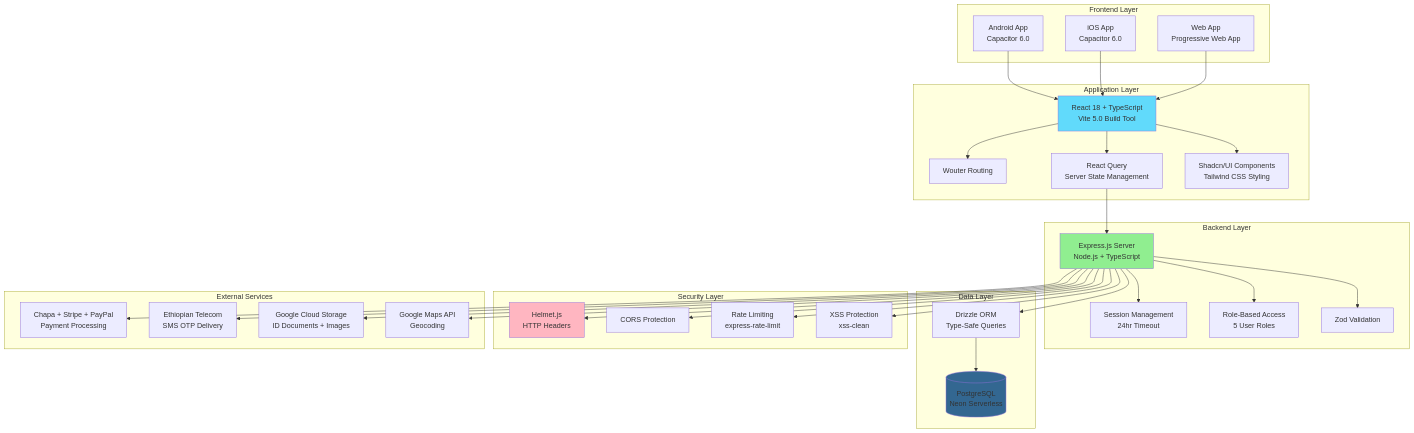
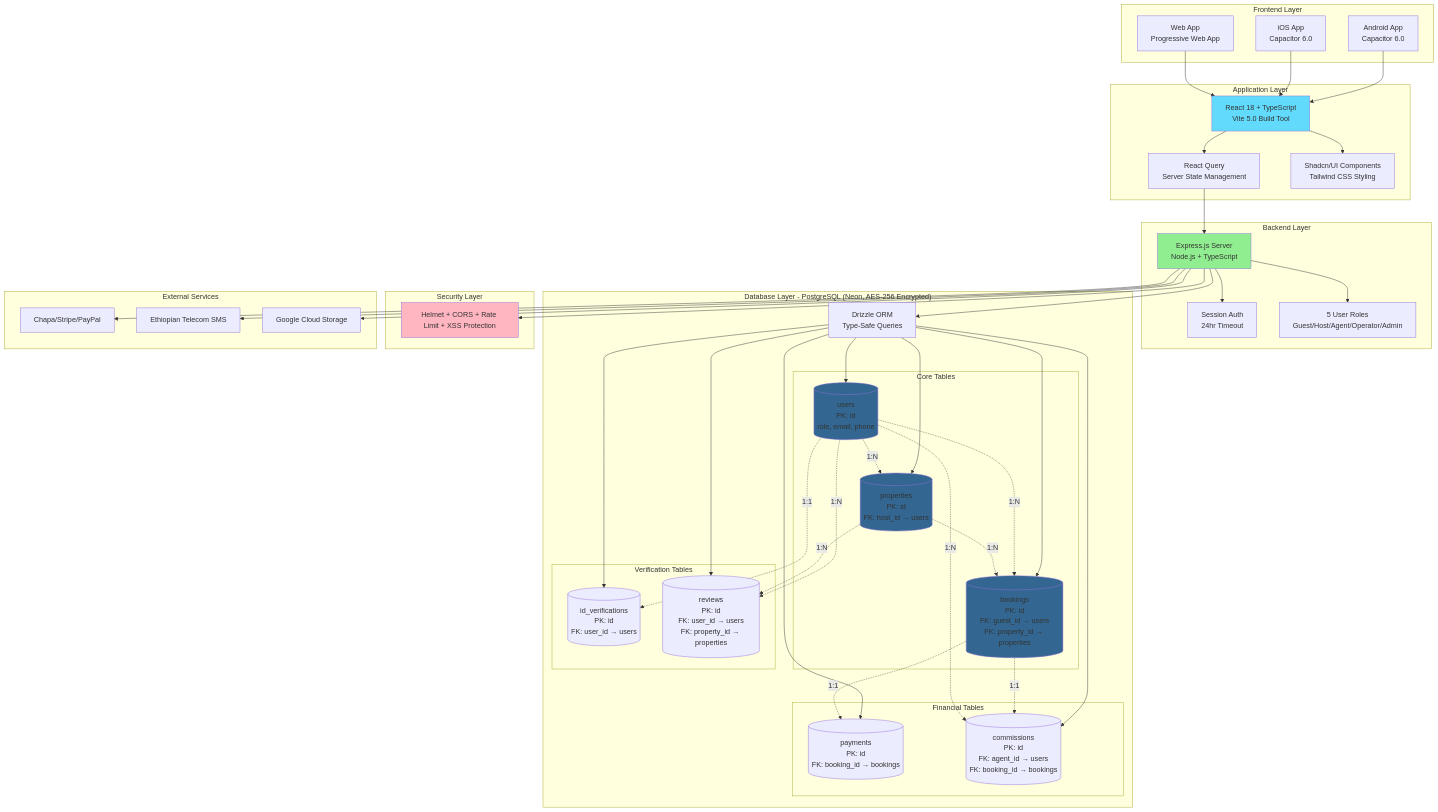
One commit to Alga-weyni/alga-app changed the third of 3 diagrams in docs/insa/INSA_DIAGRAMS_SIMPLE_A4.md. Above: the diagram before and after it, drawn with Mermaid. The commit also changed other lines of this file, not shown here.

Commit message:
Update system architecture diagram with database relationships
Enhance the system architecture diagram to include detailed PostgreSQL database schema and relationships between core, financial, and verification tables.

Replit-Commit-Author: Agent
Replit-Commit-Session-Id: 5a40a3e2-3211-4124-8e69-20c6d529a22a
Replit-Commit-Checkpoint-Type: full_checkpoint
Replit-Commit-Event-Id: a1b7dd27-a29e-400d-8375-0252f096bfbb
Replit-Commit-Screenshot-Url: https://storage.googleapis.com/screenshot-production-us-central1/ce3a76da-b414-4186-9234-d3db2b65b94b/5a40a3e2-3211-4124-8e69-20c6d529a22a/eI1Y777

````diff
--- a/docs/insa/INSA_DIAGRAMS_SIMPLE_A4.md
+++ b/docs/insa/INSA_DIAGRAMS_SIMPLE_A4.md
@@ -122,66 +122,85 @@
     
     subgraph "Application Layer"
         REACT[React 18 + TypeScript<br/>Vite 5.0 Build Tool]
-        ROUTER[Wouter Routing]
         STATE[React Query<br/>Server State Management]
         UI[Shadcn/UI Components<br/>Tailwind CSS Styling]
     end
     
     subgraph "Backend Layer"
         EXPRESS[Express.js Server<br/>Node.js + TypeScript]
-        AUTH[Session Management<br/>24hr Timeout]
-        RBAC[Role-Based Access<br/>5 User Roles]
-        VALID[Zod Validation]
+        AUTH[Session Auth<br/>24hr Timeout]
+        RBAC[5 User Roles<br/>Guest/Host/Agent/Operator/Admin]
     end
     
-    subgraph "Data Layer"
-        POSTGRES[(PostgreSQL<br/>Neon Serverless)]
+    subgraph "Database Layer - PostgreSQL (Neon, AES-256 Encrypted)"
         ORM[Drizzle ORM<br/>Type-Safe Queries]
+        
+        subgraph "Core Tables"
+            USERS[(users<br/>PK: id<br/>role, email, phone)]
+            PROPS[(properties<br/>PK: id<br/>FK: host_id → users)]
+            BOOKS[(bookings<br/>PK: id<br/>FK: guest_id → users<br/>FK: property_id → properties)]
+        end
+        
+        subgraph "Financial Tables"
+            PAYS[(payments<br/>PK: id<br/>FK: booking_id → bookings)]
+            COMM[(commissions<br/>PK: id<br/>FK: agent_id → users<br/>FK: booking_id → bookings)]
+        end
+        
+        subgraph "Verification Tables"
+            IDS[(id_verifications<br/>PK: id<br/>FK: user_id → users)]
+            REVS[(reviews<br/>PK: id<br/>FK: user_id → users<br/>FK: property_id → properties)]
+        end
     end
     
     subgraph "Security Layer"
-        HELMET[Helmet.js<br/>HTTP Headers]
-        CORS[CORS Protection]
-        RATE[Rate Limiting<br/>express-rate-limit]
-        XSS[XSS Protection<br/>xss-clean]
+        SEC[Helmet + CORS + Rate Limit + XSS Protection]
     end
     
     subgraph "External Services"
-        PAYMENT[Chapa + Stripe + PayPal<br/>Payment Processing]
-        TELECOM[Ethiopian Telecom<br/>SMS OTP Delivery]
-        STORAGE[Google Cloud Storage<br/>ID Documents + Images]
-        MAPS[Google Maps API<br/>Geocoding]
+        PAYMENT[Chapa/Stripe/PayPal]
+        TELECOM[Ethiopian Telecom SMS]
+        STORAGE[Google Cloud Storage]
     end
     
     AND --> REACT
     IOS --> REACT
     PWA --> REACT
     
-    REACT --> ROUTER
     REACT --> STATE
     REACT --> UI
-    
     STATE --> EXPRESS
     
     EXPRESS --> AUTH
     EXPRESS --> RBAC
-    EXPRESS --> VALID
-    
-    EXPRESS --> HELMET
-    EXPRESS --> CORS
-    EXPRESS --> RATE
-    EXPRESS --> XSS
+    EXPRESS --> SEC
     
     EXPRESS --> ORM
-    ORM --> POSTGRES
+    ORM --> USERS
+    ORM --> PROPS
+    ORM --> BOOKS
+    ORM --> PAYS
+    ORM --> COMM
+    ORM --> IDS
+    ORM --> REVS
+    
+    USERS -.->|1:N| PROPS
+    USERS -.->|1:N| BOOKS
+    PROPS -.->|1:N| BOOKS
+    BOOKS -.->|1:1| PAYS
+    BOOKS -.->|1:1| COMM
+    USERS -.->|1:N| COMM
+    USERS -.->|1:1| IDS
+    USERS -.->|1:N| REVS
+    PROPS -.->|1:N| REVS
     
     EXPRESS --> PAYMENT
     EXPRESS --> TELECOM
     EXPRESS --> STORAGE
-    EXPRESS --> MAPS
     
     style REACT fill:#61DAFB
     style EXPRESS fill:#90EE90
-    style POSTGRES fill:#336791
-    style HELMET fill:#FFB6C1
+    style USERS fill:#336791
+    style PROPS fill:#336791
+    style BOOKS fill:#336791
+    style SEC fill:#FFB6C1
 ```
````
